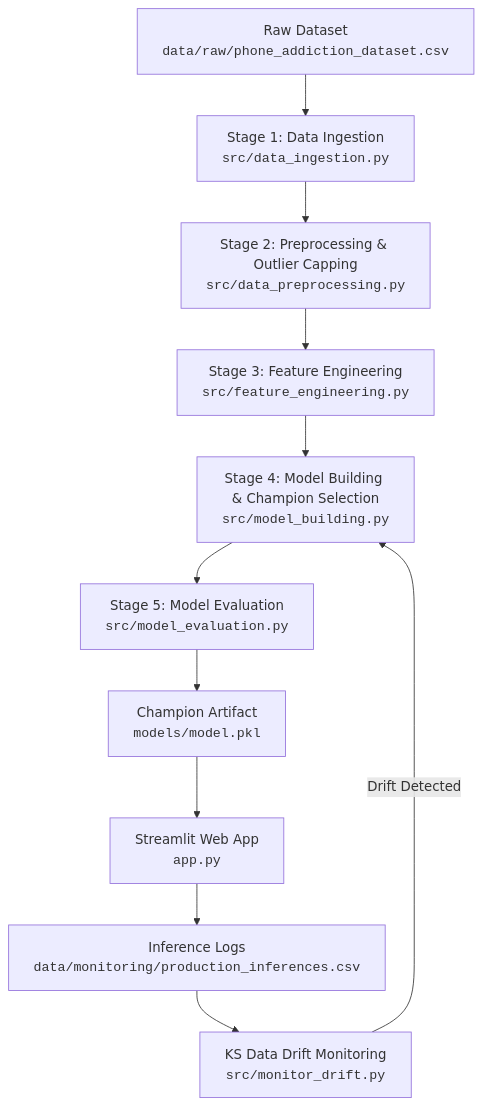
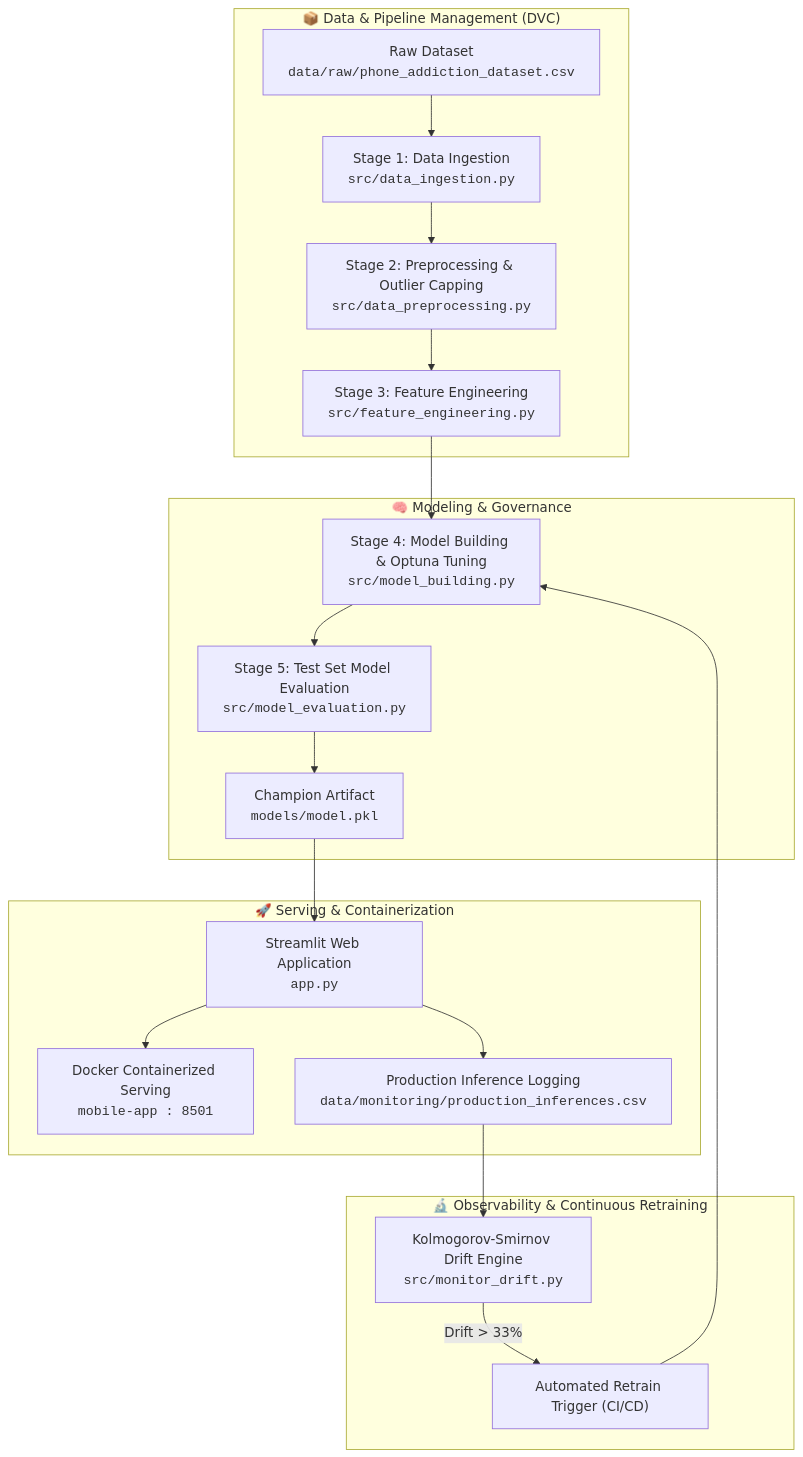
One commit to haribonaboina/mobile-addiction-mlops changed the diagram in README.md. Above: the diagram before and after it, drawn with Mermaid. The commit also changed other lines of this file, not shown here.

Commit message:
docs: enhance README with live badges, architecture diagrams, and benchmark leaderboard

````diff
--- a/README.md
+++ b/README.md
@@ -9,13 +32,26 @@
 ```mermaid
 flowchart TD
-    A["Raw Dataset<br/><code>data/raw/phone_addiction_dataset.csv</code>"] --> B["Stage 1: Data Ingestion<br/><code>src/data_ingestion.py</code>"]
-    B --> C["Stage 2: Preprocessing & Outlier Capping<br/><code>src/data_preprocessing.py</code>"]
-    C --> D["Stage 3: Feature Engineering<br/><code>src/feature_engineering.py</code>"]
-    D --> E["Stage 4: Model Building & Champion Selection<br/><code>src/model_building.py</code>"]
-    E --> F["Stage 5: Model Evaluation<br/><code>src/model_evaluation.py</code>"]
-    F --> G["Champion Artifact<br/><code>models/model.pkl</code>"]
-    G --> H["Streamlit Web App<br/><code>app.py</code>"]
-    H --> I["Inference Logs<br/><code>data/monitoring/production_inferences.csv</code>"]
-    I --> J["KS Data Drift Monitoring<br/><code>src/monitor_drift.py</code>"]
-    J -->|"Drift Detected"| E
+    subgraph Data_Pipeline["📦 Data & Pipeline Management (DVC)"]
+        A["Raw Dataset<br/><code>data/raw/phone_addiction_dataset.csv</code>"] --> B["Stage 1: Data Ingestion<br/><code>src/data_ingestion.py</code>"]
+        B --> C["Stage 2: Preprocessing & Outlier Capping<br/><code>src/data_preprocessing.py</code>"]
+        C --> D["Stage 3: Feature Engineering<br/><code>src/feature_engineering.py</code>"]
+    end
+
+    subgraph Modeling["🧠 Modeling & Governance"]
+        D --> E["Stage 4: Model Building & Optuna Tuning<br/><code>src/model_building.py</code>"]
+        E --> F["Stage 5: Test Set Model Evaluation<br/><code>src/model_evaluation.py</code>"]
+        F --> G["Champion Artifact<br/><code>models/model.pkl</code>"]
+    end
+
+    subgraph Deployment["🚀 Serving & Containerization"]
+        G --> H["Streamlit Web Application<br/><code>app.py</code>"]
+        H --> I["Docker Containerized Serving<br/><code>mobile-app : 8501</code>"]
+        H --> J["Production Inference Logging<br/><code>data/monitoring/production_inferences.csv</code>"]
+    end
+
+    subgraph Monitoring["🔬 Observability & Continuous Retraining"]
+        J --> K["Kolmogorov-Smirnov Drift Engine<br/><code>src/monitor_drift.py</code>"]
+        K -->|"Drift > 33%"| L["Automated Retrain Trigger (CI/CD)"]
+        L --> E
+    end
 ```
````
